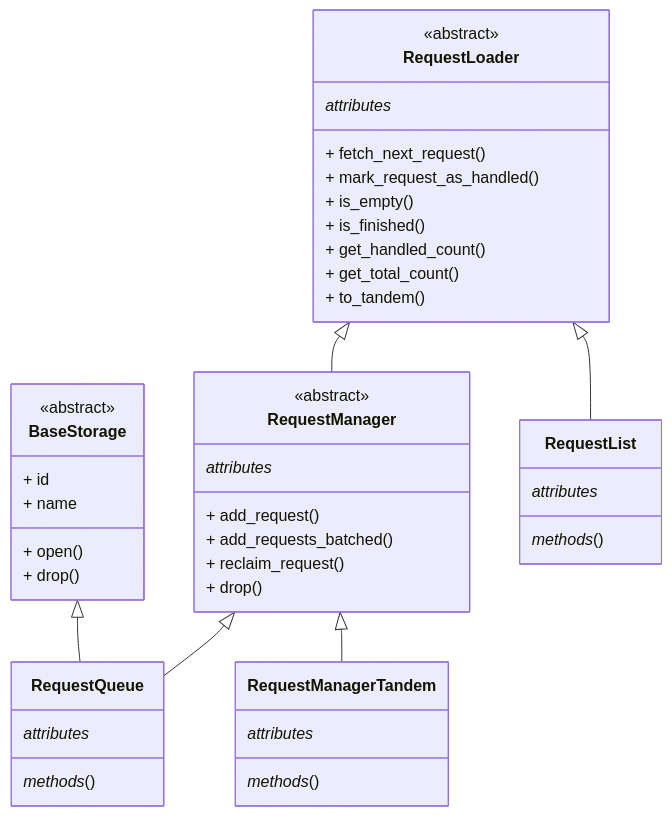
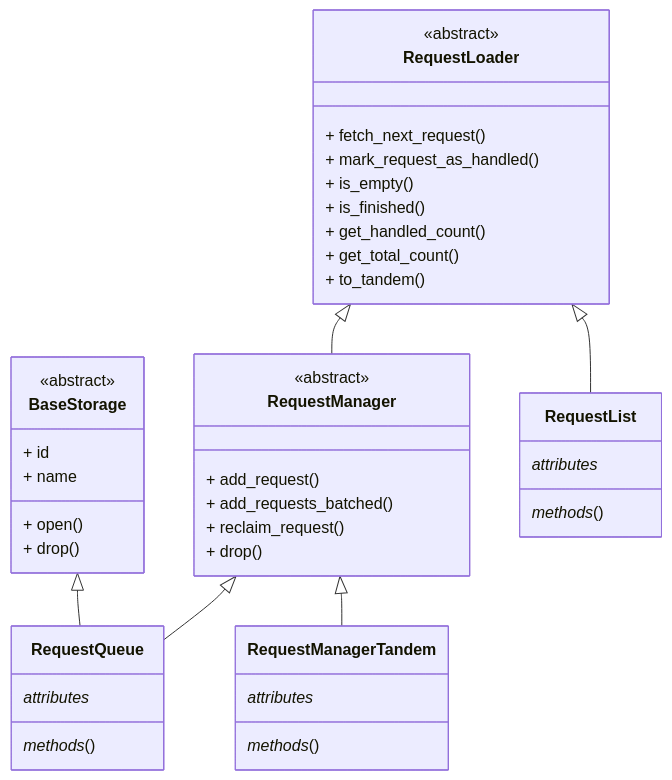
The diagram in docs/guides/request_loaders.mdx (apify/crawlee-python), drawn with Mermaid before and after one commit.

Commit message:
mermaid chart update

````diff
--- a/docs/guides/request_loaders.mdx
+++ b/docs/guides/request_loaders.mdx
@@ -33,66 +33,70 @@
 ```mermaid
+---
+config:
+    class:
+        hideEmptyMembersBox: true
+---
+
 classDiagram
 
 %% ========================
 %% Abstract classes
 %% ========================
 
 class BaseStorage {
     <<abstract>>
     + id
     + name
     + open()
     + drop()
 }
 
 class RequestLoader {
     <<abstract>>
-    _attributes_
     + fetch_next_request()
     + mark_request_as_handled()
     + is_empty()
     + is_finished()
     + get_handled_count()
     + get_total_count()
     + to_tandem()
 }
 
 class RequestManager {
     <<abstract>>
-    _attributes_
     + add_request()
     + add_requests_batched()
     + reclaim_request()
     + drop()
 }
 
 %% ========================
 %% Specific classes
 %% ========================
 
 class RequestQueue {
     _attributes_
     _methods_()
 }
 
 class RequestList {
     _attributes_
     _methods_()
 }
 
 class RequestManagerTandem {
     _attributes_
     _methods_()
 }
 
 %% ========================
 %% Inheritance arrows
 %% ========================
 
 BaseStorage <|-- RequestQueue
 RequestManager <|-- RequestQueue
 
 RequestLoader <|-- RequestManager
 RequestLoader <|-- RequestList
 RequestManager <|-- RequestManagerTandem
 ```
````
